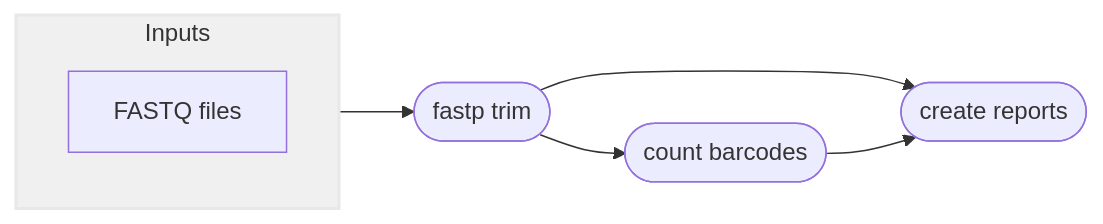
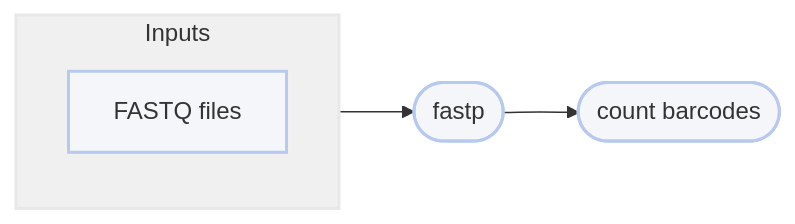
Before and after one commit to pdimens/harpy: the diagram in Modules/qc.md, drawn with Mermaid. The commit also changed 11 other files, not shown here.

Commit message:
update all mermaids

````diff
--- a/Modules/qc.md
+++ b/Modules/qc.md
@@ -47,11 +47,10 @@
 ```mermaid
 graph LR
     subgraph Inputs
-        F[FASTQ files]
+        F[FASTQ files]:::clean
     end
-    Inputs-->A
-    A([fastp trim]) --> B([count barcodes])
-    A --> C([create reports])
-    B --> C
+    Inputs-->A:::clean
+    A([fastp]) --> B([count barcodes]):::clean
     style Inputs fill:#f0f0f0,stroke:#e8e8e8,stroke-width:2px
+    classDef clean fill:#f5f6f9,stroke:#b7c9ef,stroke-width:2px
 ```
````
